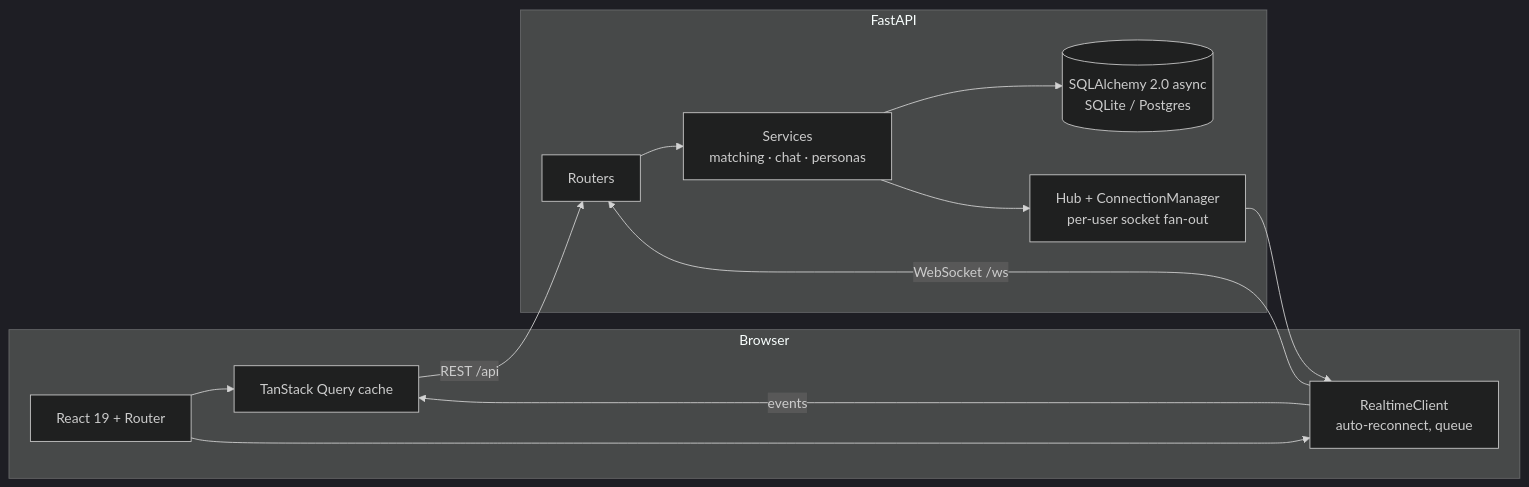
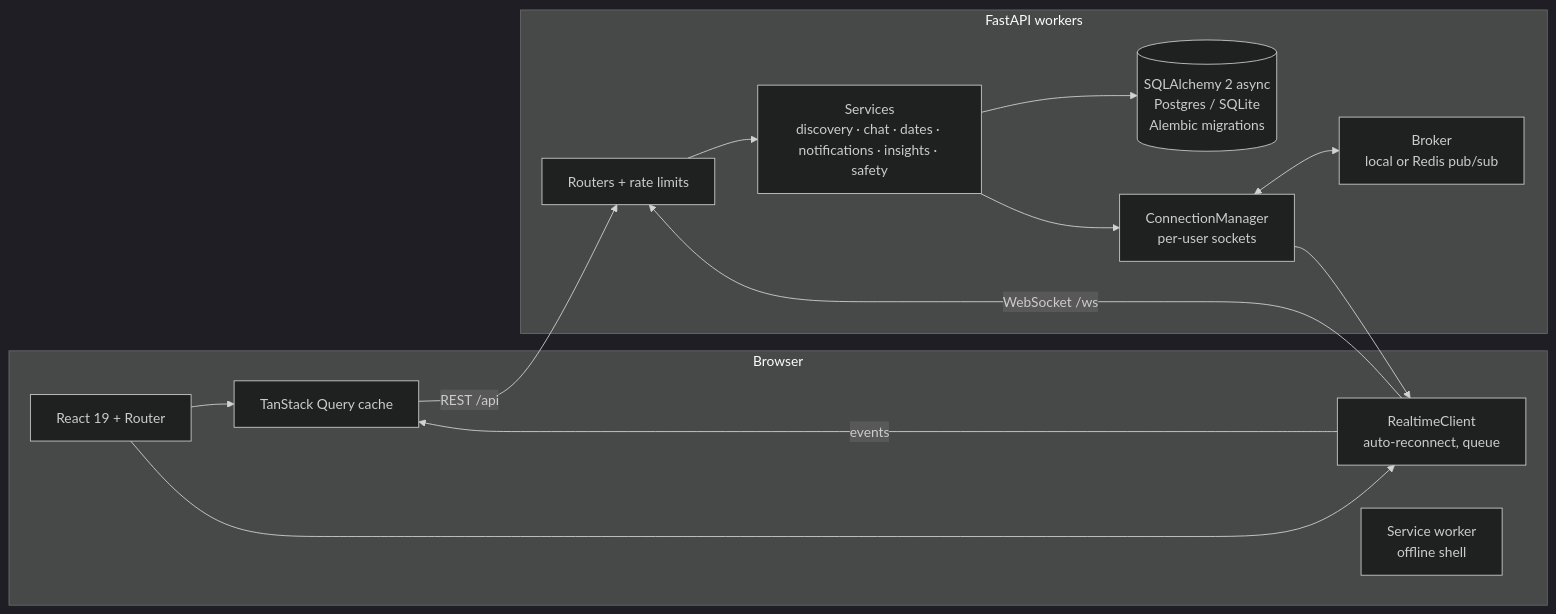
One commit to Winter2141/kindred-dating changed the diagram in README.md. Above: the diagram before and after it, drawn with Mermaid (dark theme). The commit also changed other lines of this file and 17 other files, not shown here.

````diff
--- a/README.md
+++ b/README.md
@@ -86,16 +111,18 @@
 ```mermaid
 flowchart LR
     subgraph Browser
         UI[React 19 + Router] --> RQ[TanStack Query cache]
         UI --> WS[RealtimeClient<br/>auto-reconnect, queue]
         WS -- events --> RQ
+        SW[Service worker<br/>offline shell]
     end
     RQ -- REST /api --> API
     WS -- WebSocket /ws --> API
-    subgraph FastAPI
-        API[Routers] --> SVC[Services<br/>matching · chat · personas]
-        SVC --> DB[(SQLAlchemy 2.0 async<br/>SQLite / Postgres)]
-        SVC --> HUB[Hub + ConnectionManager<br/>per-user socket fan-out]
+    subgraph FastAPI workers
+        API[Routers + rate limits] --> SVC[Services<br/>discovery · chat · dates · notifications · insights · safety]
+        SVC --> DB[(SQLAlchemy 2 async<br/>Postgres / SQLite<br/>Alembic migrations)]
+        SVC --> HUB[ConnectionManager<br/>per-user sockets]
+        HUB <--> BR[Broker<br/>local or Redis pub/sub]
         HUB --> WS
     end
 ```
````
